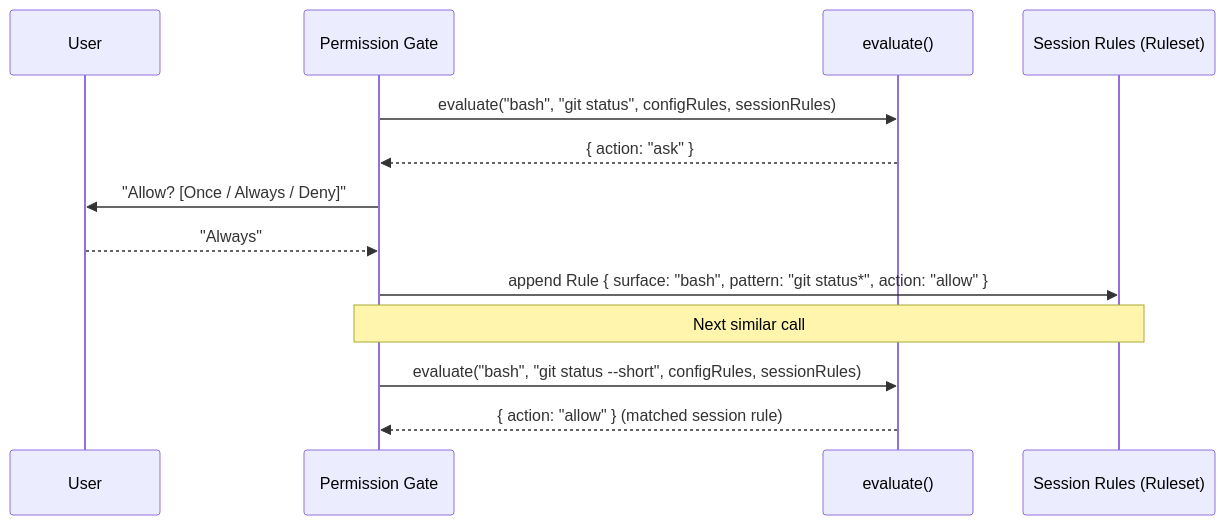
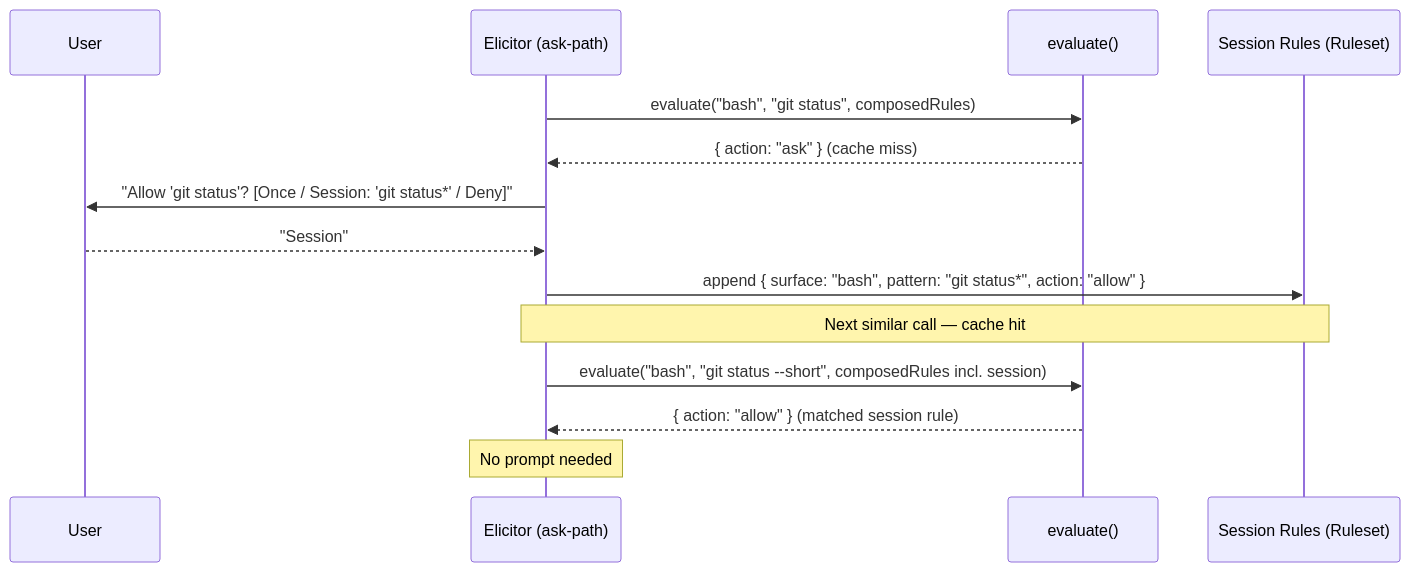
One commit to sycghj/pi-permission-system changed the third of 4 diagrams in docs/architecture/target-architecture.md. Above: the diagram before and after it, drawn with Mermaid. The commit also changed other lines of this file and 1 other file, not shown here.

First line of the commit message:
docs: plan generalized session approvals and update target architecture (#51)

````diff
--- a/docs/architecture/target-architecture.md
+++ b/docs/architecture/target-architecture.md
@@ -162,17 +343,18 @@
 ```mermaid
 sequenceDiagram
     participant User
-    participant Gate as Permission Gate
+    participant Gate as Elicitor (ask-path)
     participant Eval as evaluate()
-    participant Cache as Session Rules (Ruleset)
+    participant Session as Session Rules (Ruleset)
 
-    Gate->>Eval: evaluate("bash", "git status", configRules, sessionRules)
-    Eval-->>Gate: { action: "ask" }
-    Gate->>User: "Allow? [Once / Always / Deny]"
-    User-->>Gate: "Always"
-    Gate->>Cache: append Rule { surface: "bash", pattern: "git status*", action: "allow" }
+    Gate->>Eval: evaluate("bash", "git status", composedRules)
+    Eval-->>Gate: { action: "ask" } (cache miss)
+    Gate->>User: "Allow 'git status'? [Once / Session: 'git status*' / Deny]"
+    User-->>Gate: "Session"
+    Gate->>Session: append { surface: "bash", pattern: "git status*", action: "allow" }
 
-    Note over Gate,Cache: Next similar call
-    Gate->>Eval: evaluate("bash", "git status --short", configRules, sessionRules)
+    Note over Gate,Session: Next similar call — cache hit
+    Gate->>Eval: evaluate("bash", "git status --short", composedRules incl. session)
     Eval-->>Gate: { action: "allow" } (matched session rule)
+    Note over Gate: No prompt needed
 ```
````
